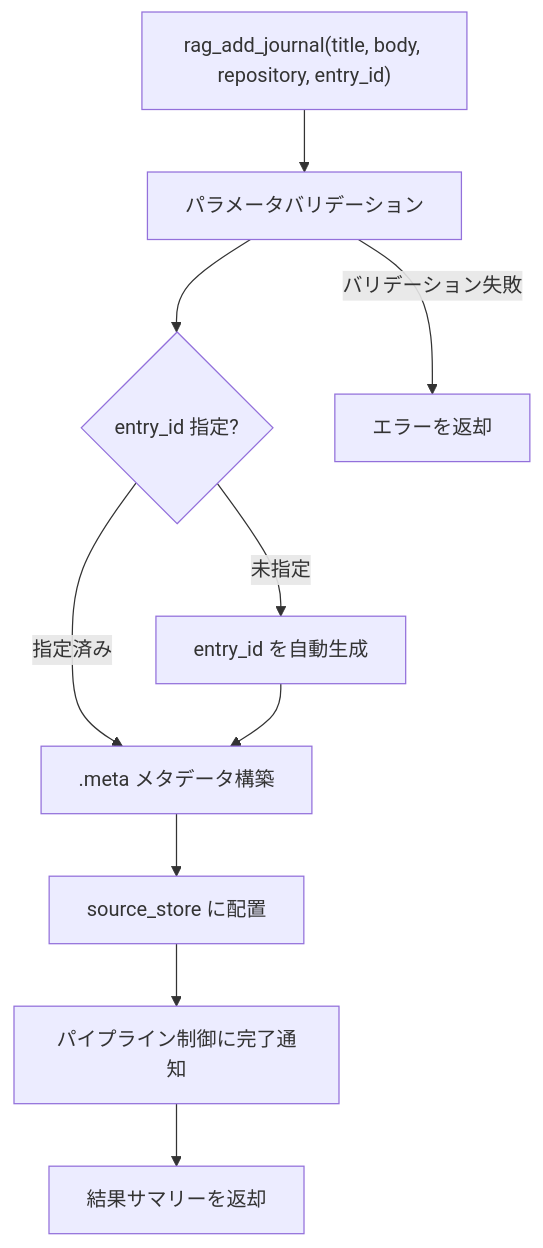
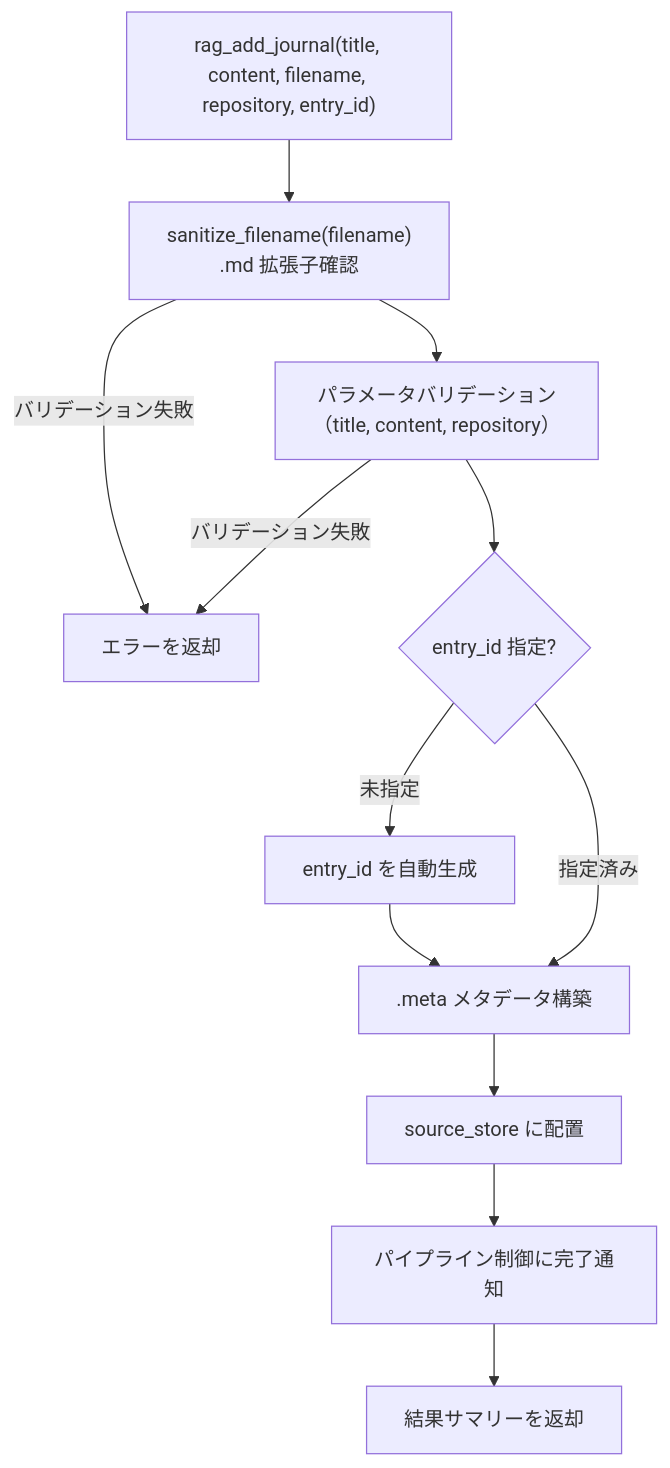
One commit to becky3/rag-knowledge changed the second of 2 diagrams in docs/specs/ingesters/journal.md. Above: the diagram before and after it, drawn with Mermaid. The commit also changed other lines of this file and 3 other files, not shown here.

Commit message:
docs(content-upload,local,journal,common): コンテンツアップロード型への変更仕様書 (#388)

````diff
--- a/docs/specs/ingesters/journal.md
+++ b/docs/specs/ingesters/journal.md
@@ -206,22 +207,25 @@
 ```mermaid
 flowchart TD
-    START["rag_add_journal(title, body, repository, entry_id)"]
-    VALIDATE["パラメータバリデーション"]
+    START["rag_add_journal(title, content, filename, repository, entry_id)"]
+    SAN["sanitize_filename(filename)<br>.md 拡張子確認"]
+    VALIDATE["パラメータバリデーション<br>（title, content, repository）"]
     GEN_ID{"entry_id 指定?"}
     AUTO_ID["entry_id を自動生成"]
     BUILD_META[".meta メタデータ構築"]
     PLACE["source_store に配置"]
     NOTIFY["パイプライン制御に完了通知"]
     RESULT["結果サマリーを返却"]
     ERROR["エラーを返却"]
 
-    START --> VALIDATE
+    START --> SAN
+    SAN -->|バリデーション失敗| ERROR
+    SAN --> VALIDATE
+    VALIDATE -->|バリデーション失敗| ERROR
     VALIDATE --> GEN_ID
     GEN_ID -->|未指定| AUTO_ID
     GEN_ID -->|指定済み| BUILD_META
     AUTO_ID --> BUILD_META
     BUILD_META --> PLACE
     PLACE --> NOTIFY
     NOTIFY --> RESULT
-    VALIDATE -->|バリデーション失敗| ERROR
 ```
````
